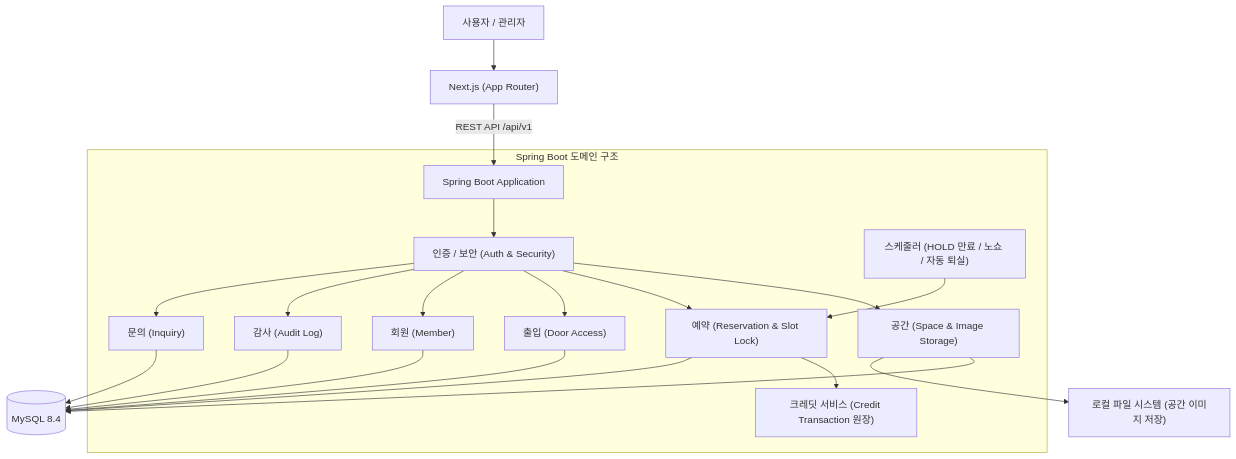
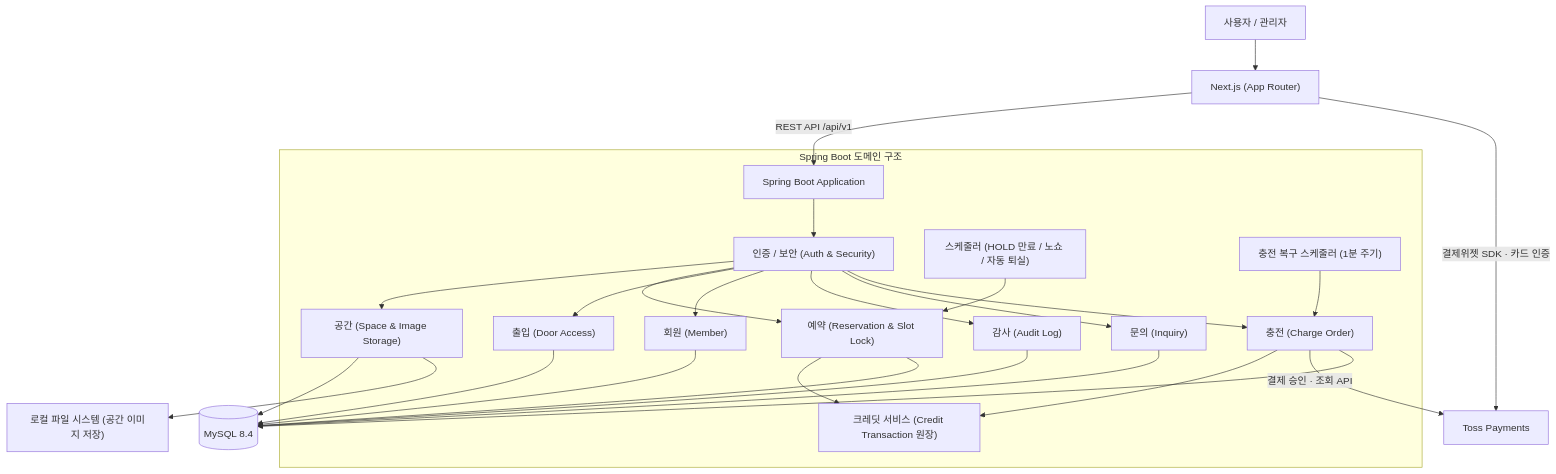
One commit to Lemnoideae/NBE12-14-2-OVENGERS changed the first of 4 diagrams in README.md. Above: the diagram before and after it, drawn with Mermaid. The commit also changed other lines of this file, not shown here.

Commit message:
docs(readme): reflect PG credit charging (#301)

````diff
--- a/README.md
+++ b/README.md
@@ -120,26 +125,32 @@
 ```mermaid
 flowchart TD
     USER["사용자 / 관리자"] --> FE["Next.js (App Router)"]
     FE -->|REST API /api/v1| API["Spring Boot Application"]
+    FE -->|결제위젯 SDK · 카드 인증| TOSS["Toss Payments"]
 
     subgraph Backend_Domains["Spring Boot 도메인 구조"]
         API --> AUTH["인증 / 보안 (Auth & Security)"]
         AUTH --> SPACE["공간 (Space & Image Storage)"]
         AUTH --> RESERVATION["예약 (Reservation & Slot Lock)"]
         AUTH --> ACCESS["출입 (Door Access)"]
         AUTH --> MEMBER["회원 (Member)"]
         AUTH --> AUDIT["감사 (Audit Log)"]
         AUTH --> INQUIRY["문의 (Inquiry)"]
+        AUTH --> CHARGE["충전 (Charge Order)"]
 
         RESERVATION --> CREDIT["크레딧 서비스 (Credit Transaction 원장)"]
+        CHARGE --> CREDIT
         SCHEDULER["스케줄러 (HOLD 만료 / 노쇼 / 자동 퇴실)"] --> RESERVATION
+        RECOVERY["충전 복구 스케줄러 (1분 주기)"] --> CHARGE
     end
 
+    CHARGE -->|결제 승인 · 조회 API| TOSS
     SPACE --> DB[("MySQL 8.4")]
     RESERVATION --> DB
     ACCESS --> DB
     MEMBER --> DB
     AUDIT --> DB
     INQUIRY --> DB
+    CHARGE --> DB
     SPACE --> DISK["로컬 파일 시스템 (공간 이미지 저장)"]
 ```
````
